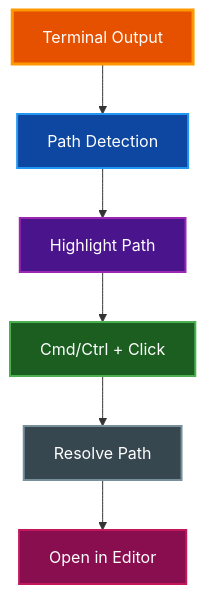
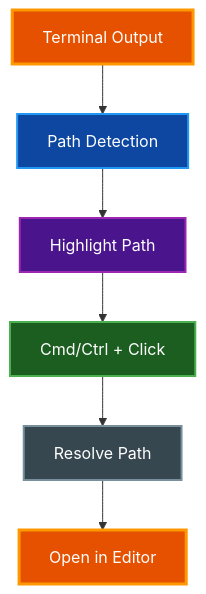
One commit to paulrobello/par-term changed the diagram in docs/features/SEMANTIC_HISTORY.md. Above: the diagram before and after it, drawn with Mermaid. The commit also changed other lines of this file and 40 other files, not shown here.

First line of the commit message:
docs: sync docs/ to implementation; fix CLAUDE.md dep graph

````diff
--- a/docs/features/SEMANTIC_HISTORY.md
+++ b/docs/features/SEMANTIC_HISTORY.md
@@ -27,22 +27,28 @@
 ```mermaid
 graph TD
     Output[Terminal Output]
     Detect[Path Detection]
     Highlight[Highlight Path]
     Click[Cmd/Ctrl + Click]
     Resolve[Resolve Path]
     Open[Open in Editor]
 
     Output --> Detect
     Detect --> Highlight
     Highlight --> Click
     Click --> Resolve
     Resolve --> Open
 
-    style Output fill:#e65100,stroke:#ff9800,stroke-width:3px,color:#ffffff
-    style Detect fill:#0d47a1,stroke:#2196f3,stroke-width:2px,color:#ffffff
-    style Highlight fill:#4a148c,stroke:#9c27b0,stroke-width:2px,color:#ffffff
-    style Click fill:#1b5e20,stroke:#4caf50,stroke-width:2px,color:#ffffff
-    style Resolve fill:#37474f,stroke:#78909c,stroke-width:2px,color:#ffffff
-    style Open fill:#880e4f,stroke:#c2185b,stroke-width:2px,color:#ffffff
+    class Output primary
+    class Detect data
+    class Highlight external
+    class Click active
+    class Resolve neutral
+    class Open primary
+
+    classDef primary fill:#e65100,stroke:#ff9800,stroke-width:3px,color:#ffffff
+    classDef active fill:#1b5e20,stroke:#4caf50,stroke-width:2px,color:#ffffff
+    classDef data fill:#0d47a1,stroke:#2196f3,stroke-width:2px,color:#ffffff
+    classDef external fill:#4a148c,stroke:#9c27b0,stroke-width:2px,color:#ffffff
+    classDef neutral fill:#37474f,stroke:#78909c,stroke-width:2px,color:#ffffff
 ```
````
